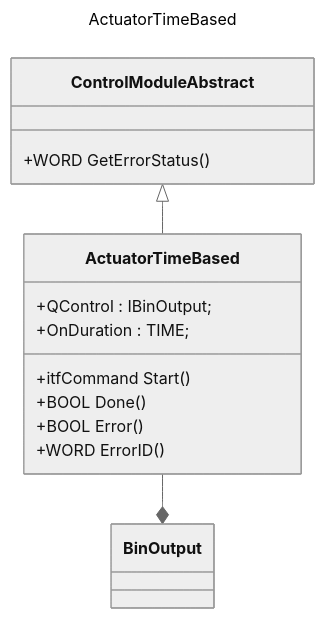
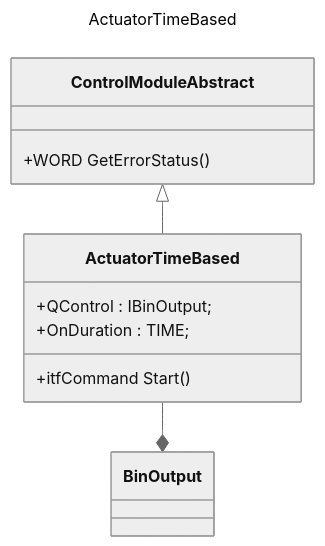
The second of 2 diagrams in README.md (simatic-ax/axftcmlib), drawn with Mermaid (neutral theme) before and after one commit.

Commit message:
remove derived methods

````diff
--- a/README.md
+++ b/README.md
@@ -57,19 +57,16 @@
 ```mermaid
 ---
 title: ActuatorTimeBased
 ---
 classDiagram
     ControlModuleAbstract <|-- ActuatorTimeBased
     ActuatorTimeBased --* BinOutput
     class ControlModuleAbstract{
         +WORD GetErrorStatus()
     }
     class ActuatorTimeBased{
         +QControl : IBinOutput;
         +OnDuration : TIME;
         +itfCommand Start()
-        +BOOL Done()
-        +BOOL Error()
-        +WORD ErrorID()
     }
 ```
````
